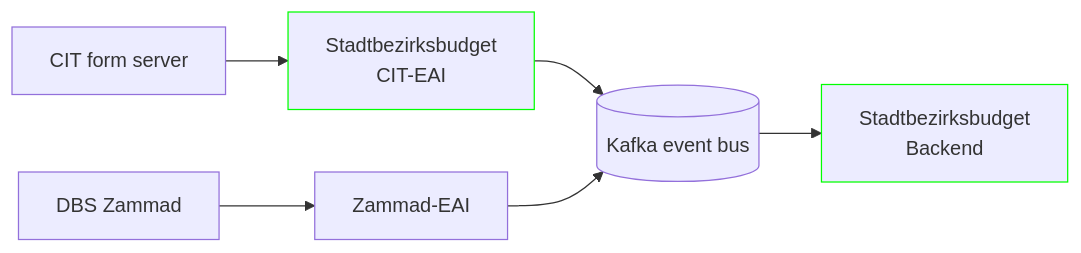
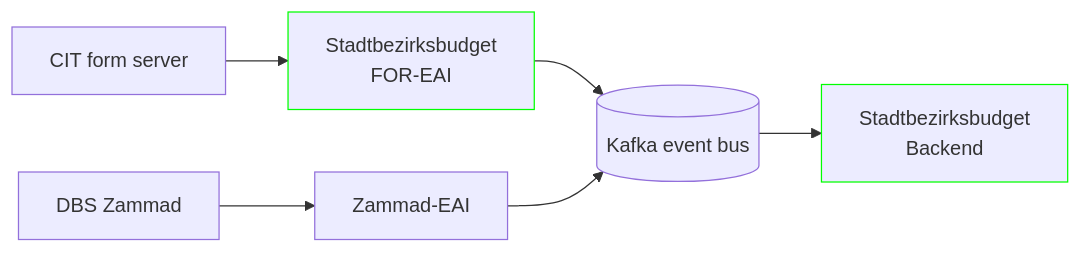
Before and after one commit to it-at-m/stadtbezirksbudget: the first of 2 diagrams in docs/src/features/reliable-communication.md, drawn with Mermaid. The commit also changed other lines of this file and 4 other files, not shown here.

Commit message:
:memo: Change CIT-EAI to FOR-EAI

````diff
--- a/docs/src/features/reliable-communication.md
+++ b/docs/src/features/reliable-communication.md
@@ -11,15 +11,15 @@
 ```mermaid
 flowchart LR
     classDef project stroke: #0f0
     cit[CIT form server]
-    citEai[Stadtbezirksbudget<br>CIT-EAI]
+    forEai[Stadtbezirksbudget<br>FOR-EAI]
     dbs[DBS Zammad]
     dbsEai[Zammad-EAI]
     sbb[Stadtbezirksbudget<br>Backend]
     kafka[(Kafka event bus)]
-    cit --> citEai:::project
-    citEai:::project --> kafka
+    cit --> forEai:::project
+    forEai:::project --> kafka
     dbs --> dbsEai
     dbsEai --> kafka
     kafka --> sbb:::project
 ```
````
